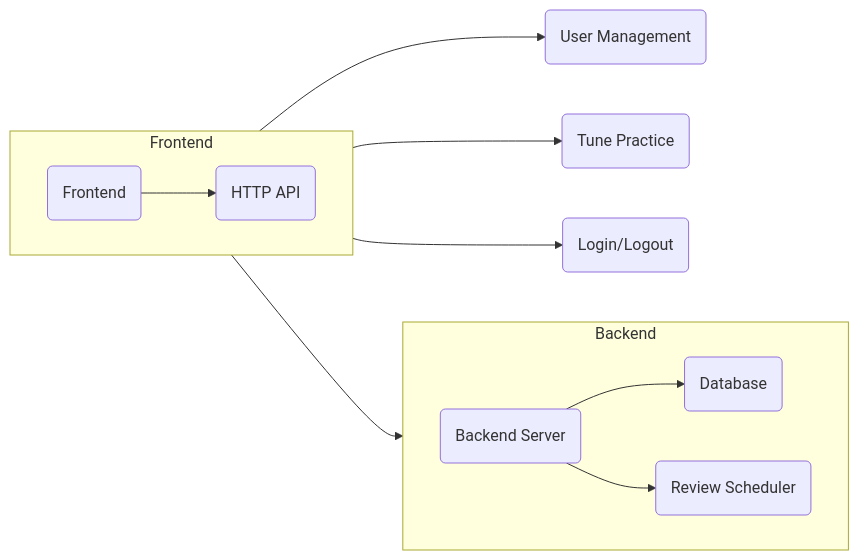
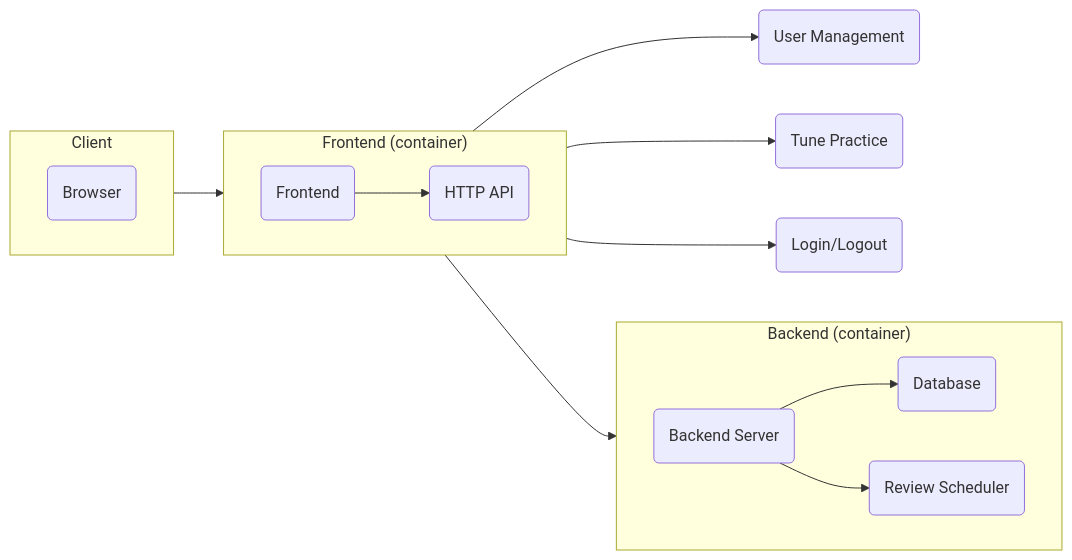
One commit to sboagy/tunetrees changed the first of 3 diagrams in README.md. Above: the diagram before and after it, drawn with Mermaid. The commit also changed other lines of this file and 1 other file, not shown here.

Commit message:
📝 🗃️ database now conforms to 3rd normal form, and proper ERD in readme

````diff
--- a/README.md
+++ b/README.md
@@ -12,16 +16,21 @@
 ```mermaid
 flowchart LR
-    subgraph Backend
+    subgraph "Backend (container)"
         direction LR
         A(Backend Server) --> B(Database)
         A --> C(Review Scheduler)
     end
-    subgraph Frontend
+    subgraph "Frontend (container)"
         direction LR
         D(Frontend) --> E(HTTP API)
     end
+    subgraph "Client"
+        direction LR
+        I(Browser) --> D
+    end
+
     E --> A
     D --> F(User Management)
     D --> G(Tune Practice)
     D --> H(Login/Logout)
 ```
````
